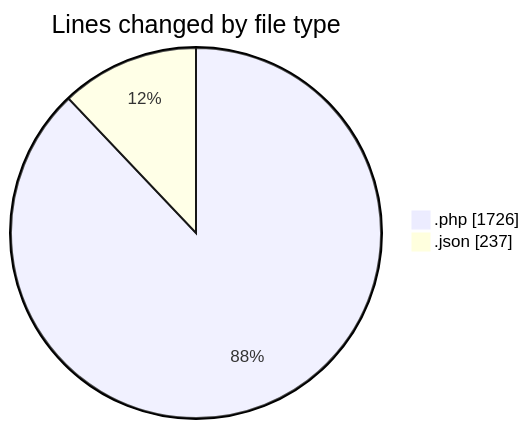
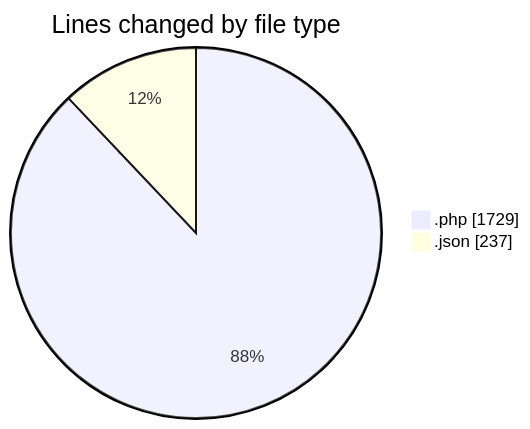
One commit to idhammustaqopulfikri/code-tracking changed the first of 2 diagrams in 2025-05-28/studio-backend/README.md. Above: the diagram before and after it, drawn with Mermaid. The commit also changed other lines of this file and 1 other file, not shown here.

````diff
--- a/2025-05-28/studio-backend/README.md
+++ b/2025-05-28/studio-backend/README.md
@@ -45,6 +45,6 @@
 ```mermaid
 pie showData
 title Lines changed by file type
-".php" : 1726
+".php" : 1729
 ".json" : 237
 ```
````
